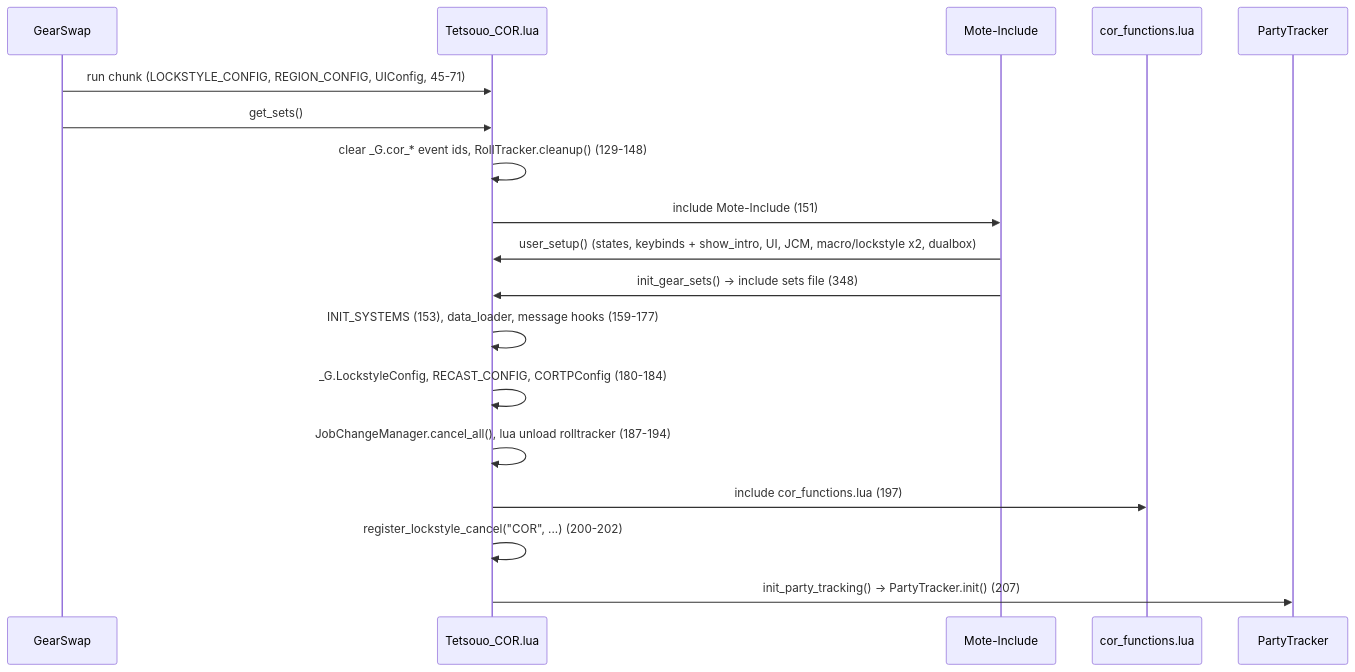
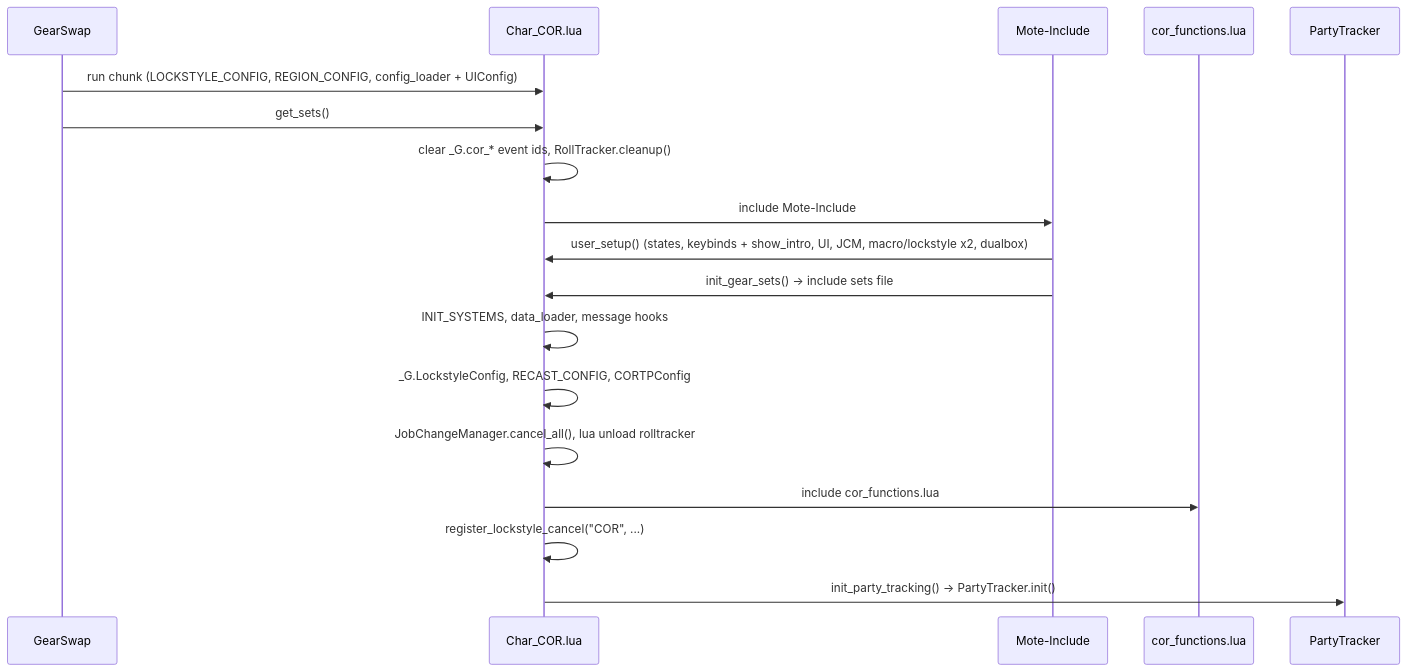
The first of 3 diagrams in docs/dev/jobs/cor.md (ejouanchicot/Gearswap), drawn with Mermaid before and after one commit. The commit also changed other lines of this file and 31 other files, not shown here.

````diff
--- a/docs/dev/jobs/cor.md
+++ b/docs/dev/jobs/cor.md
@@ -89,20 +93,20 @@
 ```mermaid
 sequenceDiagram
     participant GS as GearSwap
-    participant E as Tetsouo_COR.lua
+    participant E as Char_COR.lua
     participant M as Mote-Include
     participant F as cor_functions.lua
     participant P as PartyTracker
-    GS->>E: run chunk (LOCKSTYLE_CONFIG, REGION_CONFIG, UIConfig, 45-71)
+    GS->>E: run chunk (LOCKSTYLE_CONFIG, REGION_CONFIG, config_loader + UIConfig)
     GS->>E: get_sets()
-    E->>E: clear _G.cor_* event ids, RollTracker.cleanup() (129-148)
-    E->>M: include Mote-Include (151)
+    E->>E: clear _G.cor_* event ids, RollTracker.cleanup()
+    E->>M: include Mote-Include
     M->>E: user_setup() (states, keybinds + show_intro, UI, JCM, macro/lockstyle x2, dualbox)
-    M->>E: init_gear_sets() -> include sets file (348)
-    E->>E: INIT_SYSTEMS (153), data_loader, message hooks (159-177)
-    E->>E: _G.LockstyleConfig, RECAST_CONFIG, CORTPConfig (180-184)
-    E->>E: JobChangeManager.cancel_all(), lua unload rolltracker (187-194)
-    E->>F: include cor_functions.lua (197)
-    E->>E: register_lockstyle_cancel("COR", ...) (200-202)
-    E->>P: init_party_tracking() -> PartyTracker.init() (207)
+    M->>E: init_gear_sets() -> include sets file
+    E->>E: INIT_SYSTEMS, data_loader, message hooks
+    E->>E: _G.LockstyleConfig, RECAST_CONFIG, CORTPConfig
+    E->>E: JobChangeManager.cancel_all(), lua unload rolltracker
+    E->>F: include cor_functions.lua
+    E->>E: register_lockstyle_cancel("COR", ...)
+    E->>P: init_party_tracking() -> PartyTracker.init()
 ```
````
